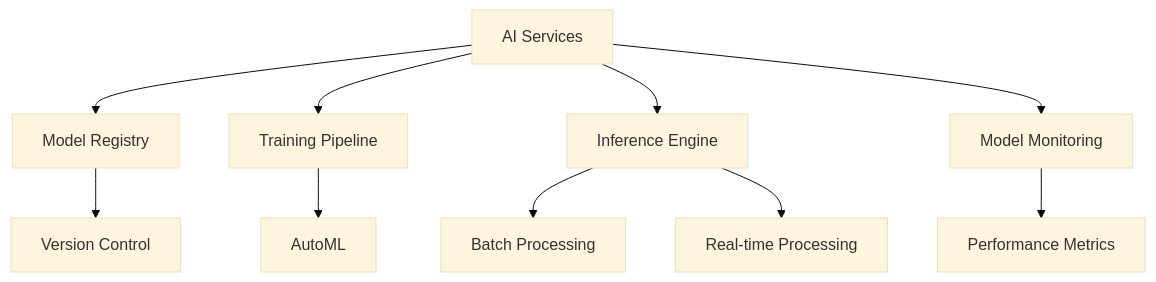
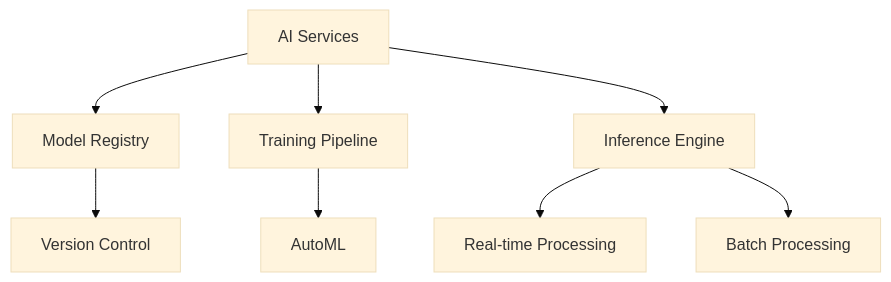
The fourth of 11 diagrams in layers.md (jihadajUAEU/bluemeshv2), drawn with Mermaid (base theme) before and after one commit. The commit also changed other lines of this file and 2 other files, not shown here.

````diff
--- a/layers.md
+++ b/layers.md
@@ -81,12 +80,10 @@
 ```mermaid
 graph TD
     A[AI Services] --> B[Model Registry]
     A --> C[Training Pipeline]
     A --> D[Inference Engine]
-    A --> E[Model Monitoring]
-    B --> F[Version Control]
-    C --> G[AutoML]
+    B --> E[Version Control]
+    C --> F[AutoML]
+    D --> G[Real-time Processing]
     D --> H[Batch Processing]
-    D --> I[Real-time Processing]
-    E --> J[Performance Metrics]
 ```
````
